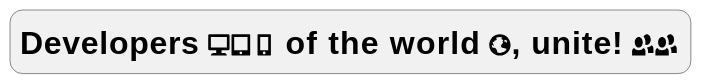
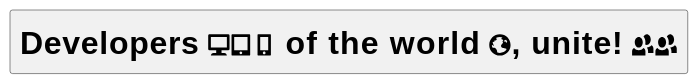
One commit to dragondive/heavens-arena changed diagram 14 of 35 in plantuml_demo.md. Above: the diagram before and after it, drawn with PlantUML. The commit also changed other lines of this file and 1 other file, not shown here.

````diff
--- a/plantuml_demo.md
+++ b/plantuml_demo.md
@@ -740,6 +740,6 @@
 ```plantuml
 @startuml
 
-:<size:32>**Developers <&monitor><&tablet><&phone> of the world <&globe>, unite! <&people><&people>**</size> ;
+rectangle "<size:32>**Developers <&monitor><&tablet><&phone> of the world <&globe>, unite! <&people><&people>**</size>"
 @enduml
 ```
````
